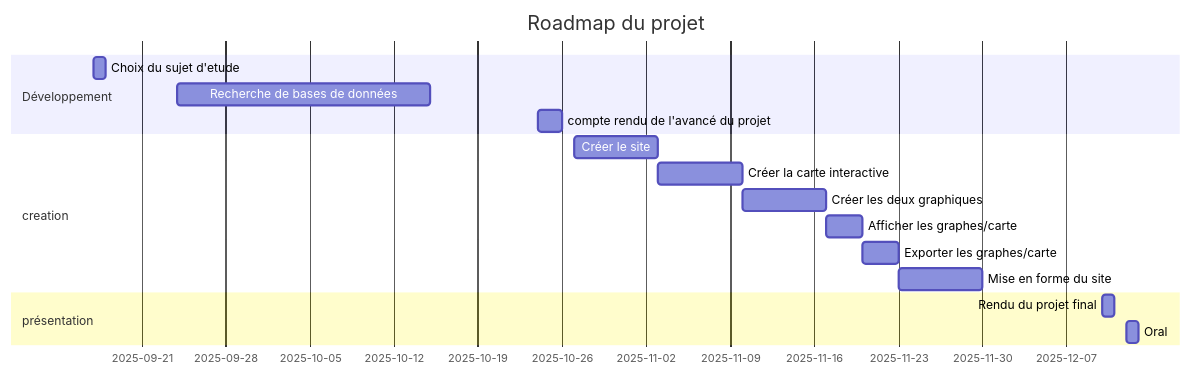
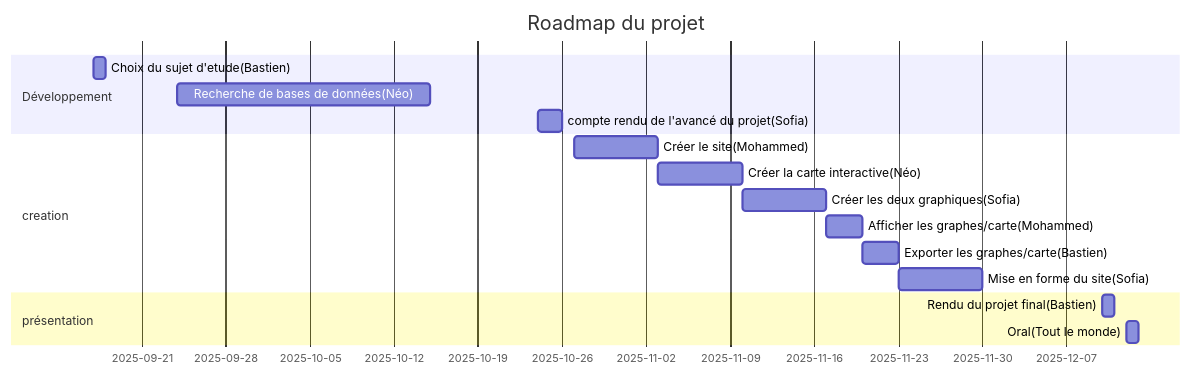
Before and after one commit to Bastien2003/Projet: the diagram in roadmap/README.qmd, drawn with Mermaid. The commit also changed other lines of this file, not shown here.

Commit message:
Assignation des tâches

````diff
--- a/roadmap/README.qmd
+++ b/roadmap/README.qmd
@@ -74,20 +74,20 @@
 ```{mermaid}
 gantt
     dateFormat  DD-MM
     title       Roadmap du projet
 
     section Développement
-    Choix du sujet d'etude           :des1, 17-09,1d
-    Recherche de bases de données    :des2, 24-09,3w 
-    compte rendu de l'avancé du projet :des3, 24-10,2d
+    Choix du sujet d'etude(Bastien)           :des1, 17-09,1d
+    Recherche de bases de données(Néo)    :des2, 24-09,3w 
+    compte rendu de l'avancé du projet(Sofia) :des3, 24-10,2d
     section creation
-    Créer le site                    :des4, 27-10, 7d
-    Créer la carte interactive       :des5, after des4, 7d
-    Créer les deux graphiques        :des6, after des5, 7d
-    Afficher les graphes/carte       :des7, after des6, 3d
-    Exporter les graphes/carte       :des8, after des7, 3d
-    Mise en forme du site            :des9, after des8, 7d
+    Créer le site(Mohammed)                    :des4, 27-10, 7d
+    Créer la carte interactive(Néo)       :des5, after des4, 7d
+    Créer les deux graphiques(Sofia)        :des6, after des5, 7d
+    Afficher les graphes/carte(Mohammed)       :des7, after des6, 3d
+    Exporter les graphes/carte(Bastien)       :des8, after des7, 3d
+    Mise en forme du site(Sofia)            :des9, after des8, 7d
     section présentation
-    Rendu du projet final            :des10, 10-12,1d
-    Oral                             :des11, 12-12,1d
+    Rendu du projet final(Bastien)            :des10, 10-12,1d
+    Oral(Tout le monde)                             :des11, 12-12,1d
 ```
````
